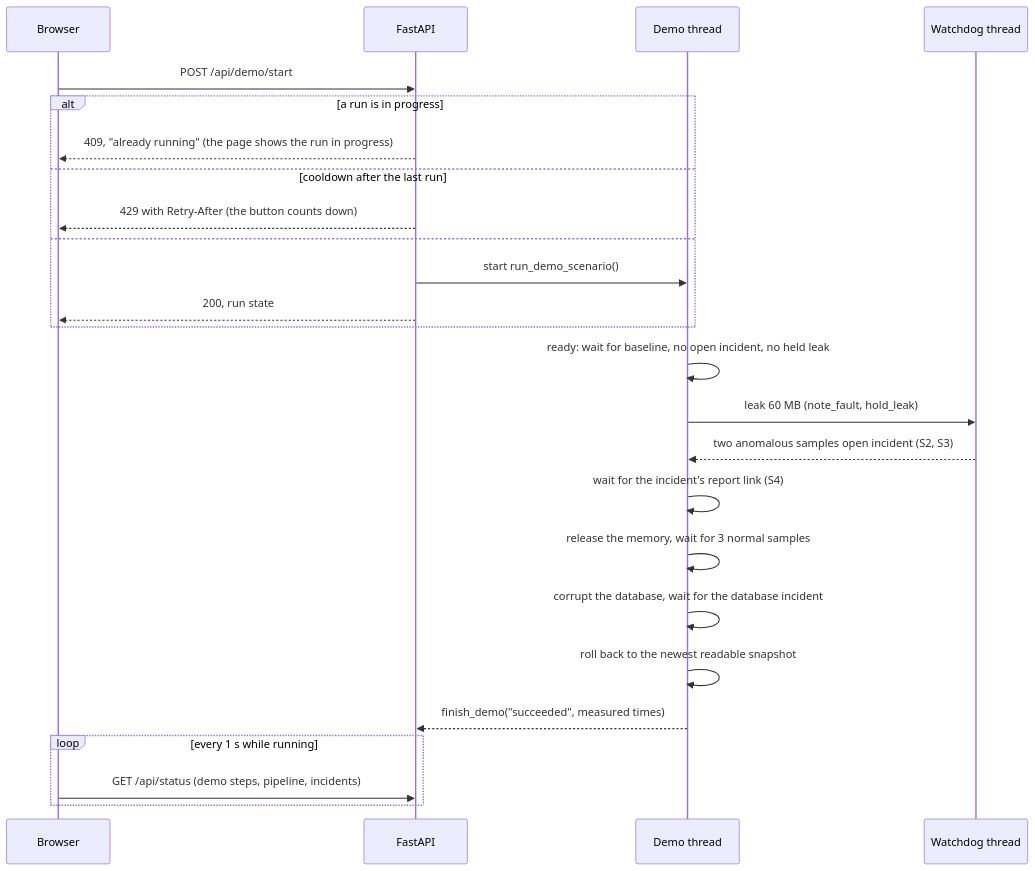
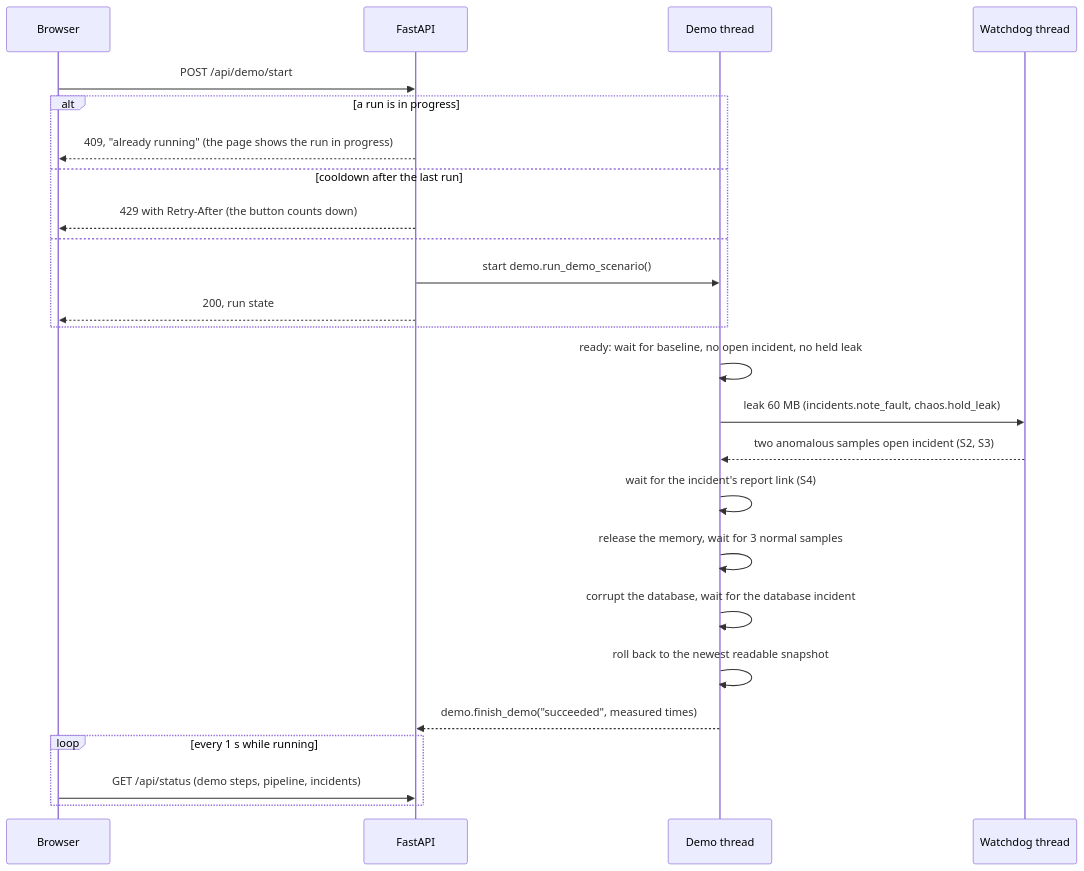
One commit to vishnuatgit/DeepBell changed the second of 11 diagrams in docs/process-flows.md. Above: the diagram before and after it, drawn with Mermaid. The commit also changed other lines of this file and 37 other files, not shown here.

````diff
--- a/docs/process-flows.md
+++ b/docs/process-flows.md
@@ -63,27 +63,27 @@
 ```mermaid
 sequenceDiagram
     participant B as Browser
     participant A as FastAPI
     participant D as Demo thread
     participant W as Watchdog thread
     B->>A: POST /api/demo/start
     alt a run is in progress
         A-->>B: 409, "already running" (the page shows the run in progress)
     else cooldown after the last run
         A-->>B: 429 with Retry-After (the button counts down)
     else
-        A->>D: start run_demo_scenario()
+        A->>D: start demo.run_demo_scenario()
         A-->>B: 200, run state
     end
     D->>D: ready: wait for baseline, no open incident, no held leak
-    D->>W: leak 60 MB (note_fault, hold_leak)
+    D->>W: leak 60 MB (incidents.note_fault, chaos.hold_leak)
     W-->>D: two anomalous samples open incident (S2, S3)
     D->>D: wait for the incident's report link (S4)
     D->>D: release the memory, wait for 3 normal samples
     D->>D: corrupt the database, wait for the database incident
     D->>D: roll back to the newest readable snapshot
-    D-->>A: finish_demo("succeeded", measured times)
+    D-->>A: demo.finish_demo("succeeded", measured times)
     loop every 1 s while running
         B->>A: GET /api/status (demo steps, pipeline, incidents)
     end
 ```
````
